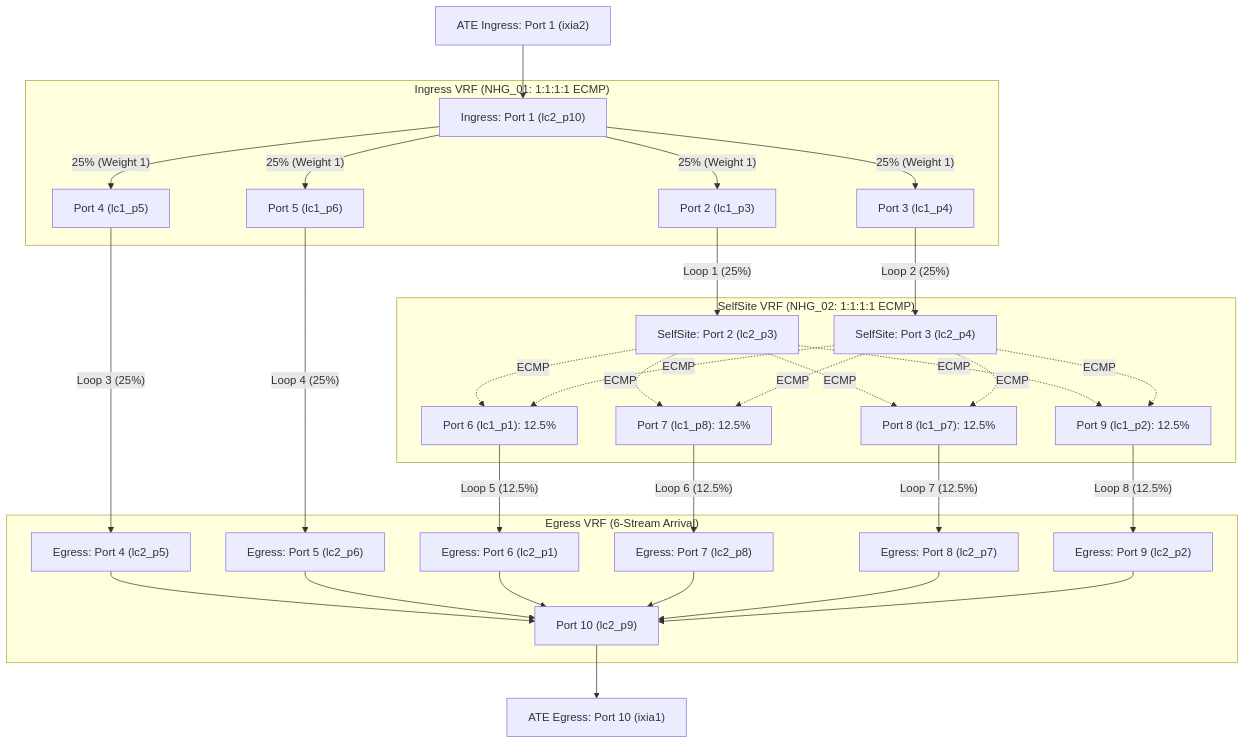
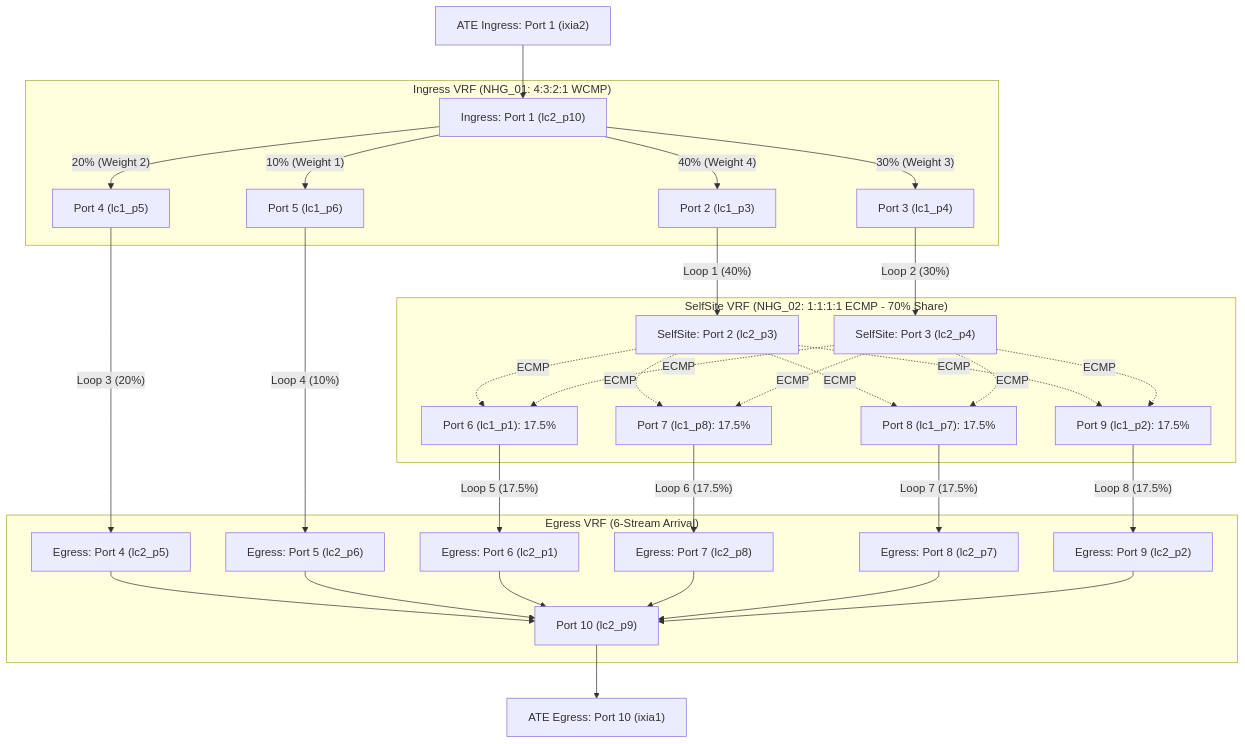
Before and after one commit to openconfig/featureprofiles: the second of 5 diagrams in feature/gribi/otg_tests/hashing_test/README.md, drawn with Mermaid. The commit also changed other lines of this file, not shown here.

````diff
--- a/feature/gribi/otg_tests/hashing_test/README.md
+++ b/feature/gribi/otg_tests/hashing_test/README.md
@@ -116,43 +118,43 @@
 ```mermaid
 graph TD
     Ixia["ATE Ingress: Port 1 (ixia2)"] --> IngressPort1["Ingress: Port 1 (lc2_p10)"]
     
-    subgraph IngressVRF ["Ingress VRF (NHG_01: 1:1:1:1 ECMP)"]
-        IngressPort1 -->|"25% (Weight 1)"| IngressP2["Port 2 (lc1_p3)"]
-        IngressPort1 -->|"25% (Weight 1)"| IngressP3["Port 3 (lc1_p4)"]
-        IngressPort1 -->|"25% (Weight 1)"| IngressP4["Port 4 (lc1_p5)"]
-        IngressPort1 -->|"25% (Weight 1)"| IngressP5["Port 5 (lc1_p6)"]
+    subgraph IngressVRF ["Ingress VRF (NHG_01: 4:3:2:1 WCMP)"]
+        IngressPort1 -->|"40% (Weight 4)"| IngressP2["Port 2 (lc1_p3)"]
+        IngressPort1 -->|"30% (Weight 3)"| IngressP3["Port 3 (lc1_p4)"]
+        IngressPort1 -->|"20% (Weight 2)"| IngressP4["Port 4 (lc1_p5)"]
+        IngressPort1 -->|"10% (Weight 1)"| IngressP5["Port 5 (lc1_p6)"]
     end
 
-    IngressP2 -->|"Loop 1 (25%)"| SelfSiteP2["SelfSite: Port 2 (lc2_p3)"]
-    IngressP3 -->|"Loop 2 (25%)"| SelfSiteP3["SelfSite: Port 3 (lc2_p4)"]
-    IngressP4 -->|"Loop 3 (25%)"| EgressP4["Egress: Port 4 (lc2_p5)"]
-    IngressP5 -->|"Loop 4 (25%)"| EgressP5["Egress: Port 5 (lc2_p6)"]
+    IngressP2 -->|"Loop 1 (40%)"| SelfSiteP2["SelfSite: Port 2 (lc2_p3)"]
+    IngressP3 -->|"Loop 2 (30%)"| SelfSiteP3["SelfSite: Port 3 (lc2_p4)"]
+    IngressP4 -->|"Loop 3 (20%)"| EgressP4["Egress: Port 4 (lc2_p5)"]
+    IngressP5 -->|"Loop 4 (10%)"| EgressP5["Egress: Port 5 (lc2_p6)"]
 
-    subgraph SelfSiteVRF ["SelfSite VRF (NHG_02: 1:1:1:1 ECMP)"]
-        SelfSiteP2 -.->|ECMP| SelfSiteP6["Port 6 (lc1_p1): 12.5%"]
-        SelfSiteP2 -.->|ECMP| SelfSiteP7["Port 7 (lc1_p8): 12.5%"]
-        SelfSiteP2 -.->|ECMP| SelfSiteP8["Port 8 (lc1_p7): 12.5%"]
-        SelfSiteP2 -.->|ECMP| SelfSiteP9["Port 9 (lc1_p2): 12.5%"]
+    subgraph SelfSiteVRF ["SelfSite VRF (NHG_02: 1:1:1:1 ECMP - 70% Share)"]
+        SelfSiteP2 -.->|ECMP| SelfSiteP6["Port 6 (lc1_p1): 17.5%"]
+        SelfSiteP2 -.->|ECMP| SelfSiteP7["Port 7 (lc1_p8): 17.5%"]
+        SelfSiteP2 -.->|ECMP| SelfSiteP8["Port 8 (lc1_p7): 17.5%"]
+        SelfSiteP2 -.->|ECMP| SelfSiteP9["Port 9 (lc1_p2): 17.5%"]
         SelfSiteP3 -.->|ECMP| SelfSiteP6
         SelfSiteP3 -.->|ECMP| SelfSiteP7
         SelfSiteP3 -.->|ECMP| SelfSiteP8
         SelfSiteP3 -.->|ECMP| SelfSiteP9
     end
 
-    SelfSiteP6 -->|"Loop 5 (12.5%)"| EgressP6["Egress: Port 6 (lc2_p1)"]
-    SelfSiteP7 -->|"Loop 6 (12.5%)"| EgressP7["Egress: Port 7 (lc2_p8)"]
-    SelfSiteP8 -->|"Loop 7 (12.5%)"| EgressP8["Egress: Port 8 (lc2_p7)"]
-    SelfSiteP9 -->|"Loop 8 (12.5%)"| EgressP9["Egress: Port 9 (lc2_p2)"]
+    SelfSiteP6 -->|"Loop 5 (17.5%)"| EgressP6["Egress: Port 6 (lc2_p1)"]
+    SelfSiteP7 -->|"Loop 6 (17.5%)"| EgressP7["Egress: Port 7 (lc2_p8)"]
+    SelfSiteP8 -->|"Loop 7 (17.5%)"| EgressP8["Egress: Port 8 (lc2_p7)"]
+    SelfSiteP9 -->|"Loop 8 (17.5%)"| EgressP9["Egress: Port 9 (lc2_p2)"]
 
     subgraph EgressVRF ["Egress VRF (6-Stream Arrival)"]
         EgressP4 --> EgressOut["Port 10 (lc2_p9)"]
         EgressP5 --> EgressOut
         EgressP6 --> EgressOut
         EgressP7 --> EgressOut
         EgressP8 --> EgressOut
         EgressP9 --> EgressOut
     end
 
     EgressOut --> ATE_Egress["ATE Egress: Port 10 (ixia1)"]
 ```
````
